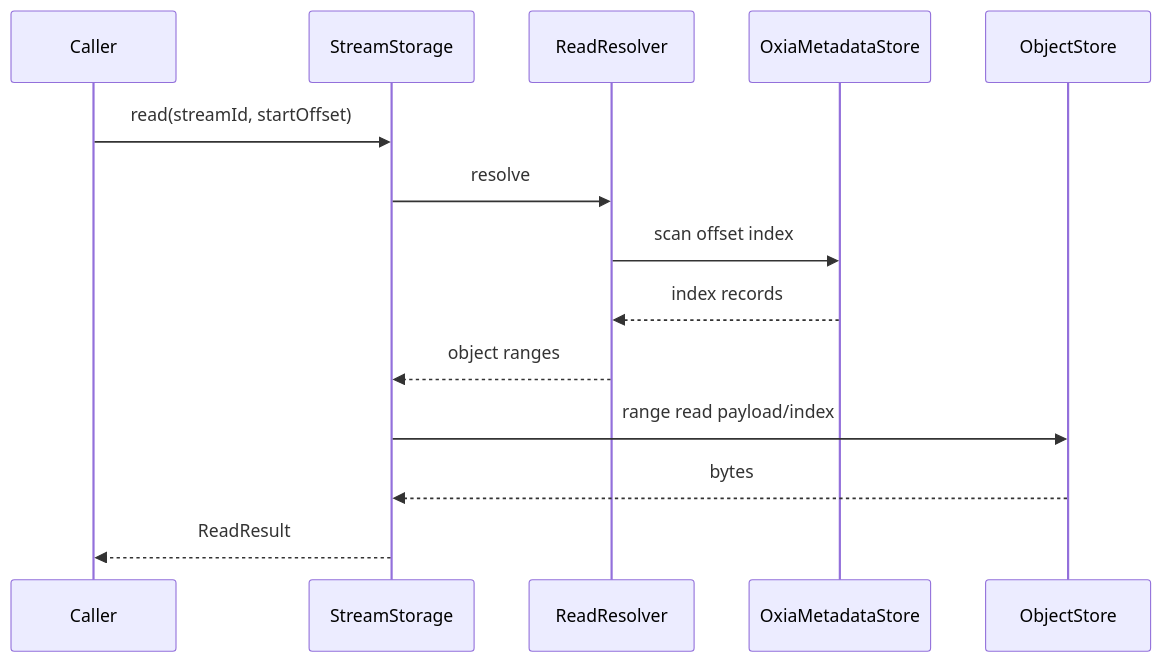
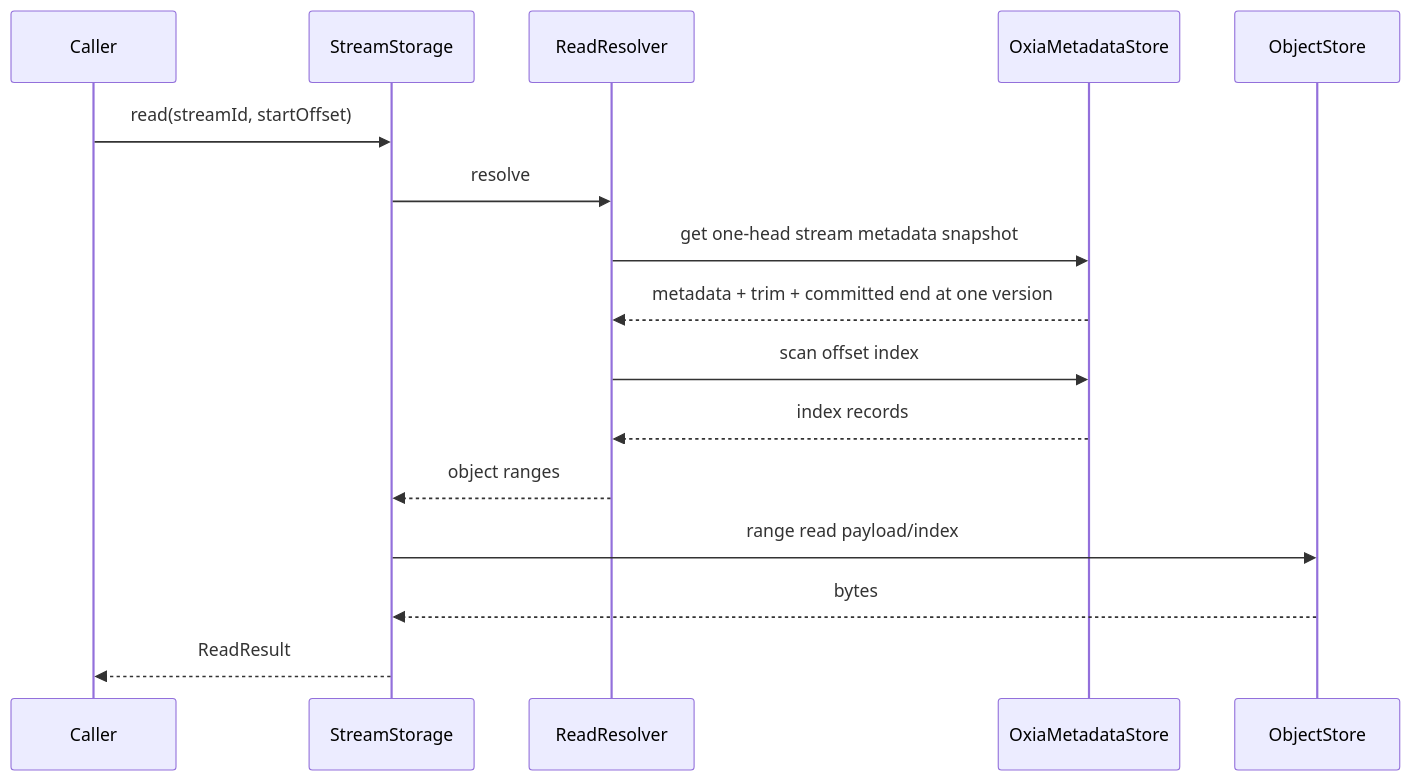
One commit to nereusstream/nereus changed the second of 2 diagrams in docs/phase-1-core-stream-storage/04-core-state-machines.md. Above: the diagram before and after it, drawn with Mermaid. The commit also changed other lines of this file and 360 other files, not shown here.

````diff
--- a/docs/phase-1-core-stream-storage/04-core-state-machines.md
+++ b/docs/phase-1-core-stream-storage/04-core-state-machines.md
@@ -1076,17 +1086,19 @@
 ```mermaid
 sequenceDiagram
     participant C as Caller
     participant S as StreamStorage
     participant R as ReadResolver
     participant M as OxiaMetadataStore
     participant O as ObjectStore
 
     C->>S: read(streamId, startOffset)
     S->>R: resolve
+    R->>M: get one-head stream metadata snapshot
+    M-->>R: metadata + trim + committed end at one version
     R->>M: scan offset index
     M-->>R: index records
     R-->>S: object ranges
     S->>O: range read payload/index
     O-->>S: bytes
     S-->>C: ReadResult
 ```
````
